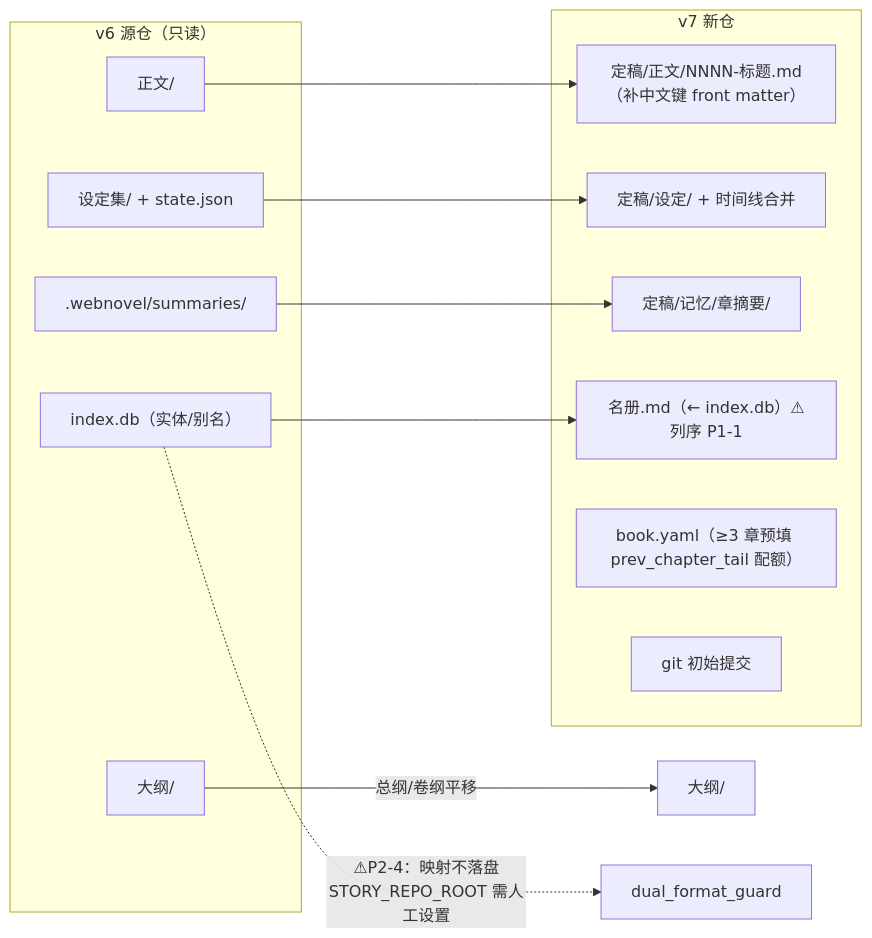
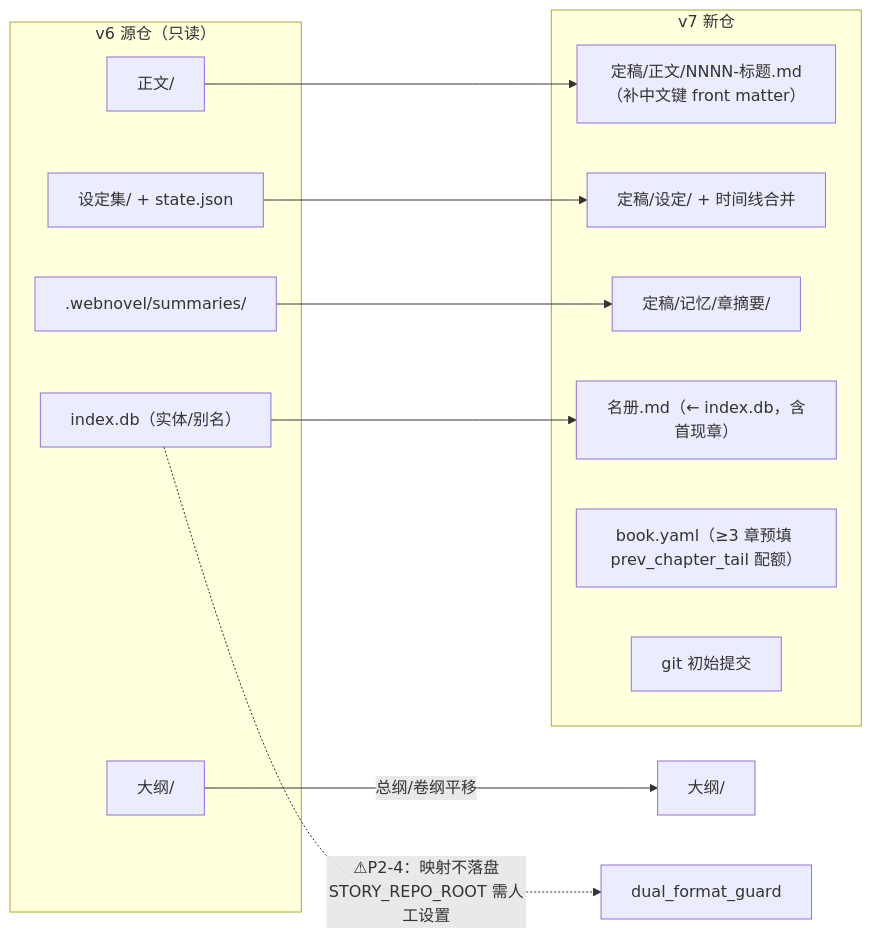
The eighth of 8 diagrams in docs/architecture/functional-flow-and-data-flow.md (alittleseven/webnovel-writer), drawn with Mermaid before and after one commit. The commit also changed other lines of this file and 12 other files, not shown here.

````diff
--- a/docs/architecture/functional-flow-and-data-flow.md
+++ b/docs/architecture/functional-flow-and-data-flow.md
@@ -268,24 +268,24 @@
 ```mermaid
 flowchart LR
     subgraph V6S["v6 源仓（只读）"]
         ZW["正文/"]
         SJ["设定集/ + state.json"]
         IDX6["index.db（实体/别名）"]
         SUM6[".webnovel/summaries/"]
         DL6["大纲/"]
     end
     subgraph V7T["v7 新仓"]
         Z7["定稿/正文/NNNN-标题.md<br/>（补中文键 front matter）"]
         S7["定稿/设定/ + 时间线合并"]
         M7["定稿/记忆/章摘要/"]
-        R7["名册.md（← index.db）⚠列序 P1-1"]
+        R7["名册.md（← index.db，含首现章）"]
         B7["book.yaml（≥3 章预填 prev_chapter_tail 配额）"]
         G7["git 初始提交"]
     end
     ZW --> Z7
     SJ --> S7
     IDX6 --> R7
     SUM6 --> M7
     DL6 -->|"总纲/卷纲平移"| V7D["大纲/"]
     IDX6 -.->|"⚠P2-4：映射不落盘<br/>STORY_REPO_ROOT 需人工设置"| GUARD["dual_format_guard"]
 ```
````
